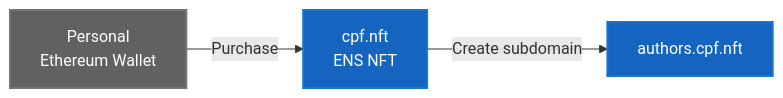
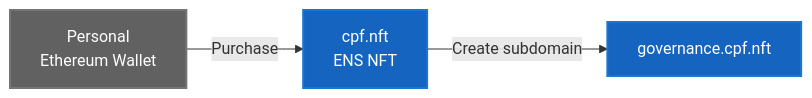
The eighth of 18 diagrams in docs/architecture/canister-architecture-diagram.md (john-ngeni/cpp_icp_platform), drawn with Mermaid before and after one commit. The commit also changed other lines of this file and 10 other files, not shown here.

First line of the commit message:
refactor: rename control plane to governance.cpf.nft and restructure user journey

````diff
--- a/docs/architecture/canister-architecture-diagram.md
+++ b/docs/architecture/canister-architecture-diagram.md
@@ -457,11 +457,11 @@
 ```mermaid
 graph LR
     WALLET["Personal<br/>Ethereum Wallet"] -->|Purchase| ENS["cpf.nft<br/>ENS NFT"]
-    ENS -->|Create subdomain| AUTHORS["authors.cpf.nft"]
+    ENS -->|Create subdomain| AUTHORS["governance.cpf.nft"]
 
     classDef walletNode fill:#616161,stroke:#757575,stroke-width:2px,color:#ffffff
     classDef ensNode fill:#1565c0,stroke:#1976d2,stroke-width:2px,color:#ffffff
 
     class WALLET walletNode
     class ENS,AUTHORS ensNode
 ```
````
